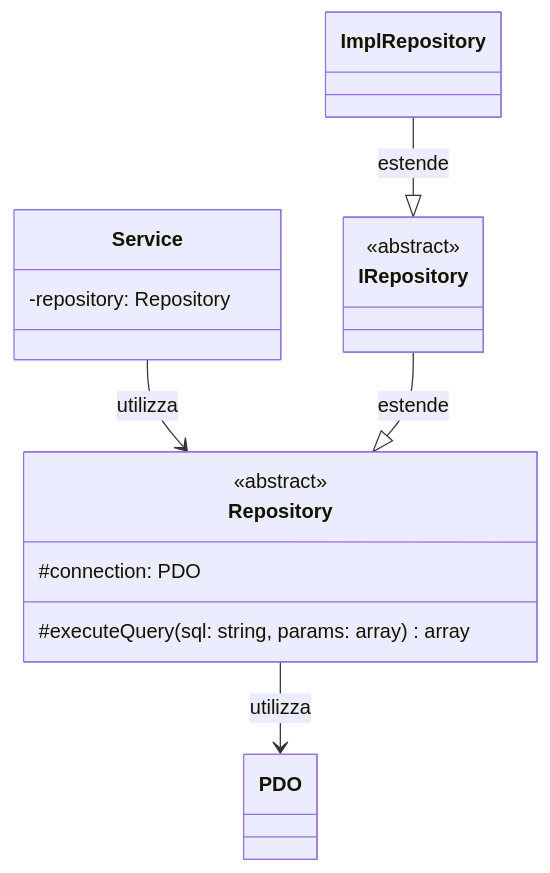
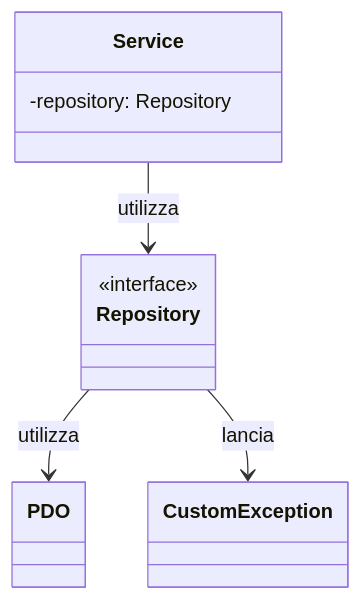
The seventh of 7 diagrams in consegna docu/architettura_base/Repository.md (mb4dev/progetto-prova), drawn with Mermaid before and after one commit. The commit also changed other lines of this file and 6 other files, not shown here.

````diff
--- a/consegna docu/architettura_base/Repository.md
+++ b/consegna docu/architettura_base/Repository.md
@@ -78,27 +115,20 @@
 ```mermaid
 classDiagram
 class Repository {
-    <<abstract>>
-    #connection: PDO
-    #executeQuery(sql: string, params: array) array
+    <<interface>>
 }
 
 class PDO {
 }
 
 class Service {
     -repository: Repository
 }
 
-class IRepository {
-    <<abstract>>
-}
-
-class ImplRepository {
+class CustomException {
 }
 
 Repository --> PDO : utilizza
 Service --> Repository : utilizza
-IRepository --|> Repository : estende
-ImplRepository --|> IRepository : estende
+Repository --> CustomException : lancia
 ```
````
